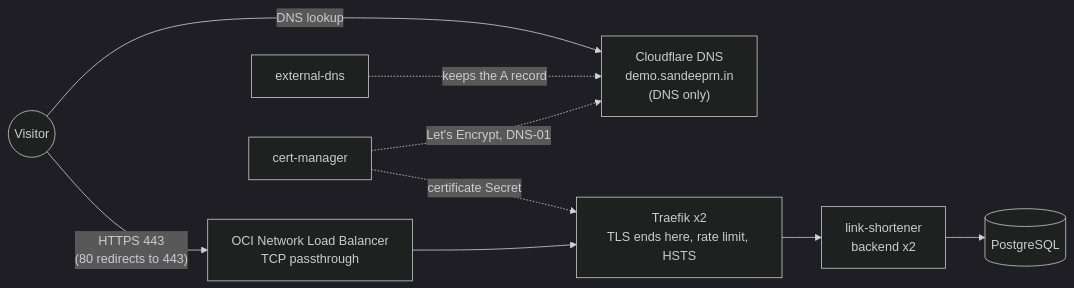
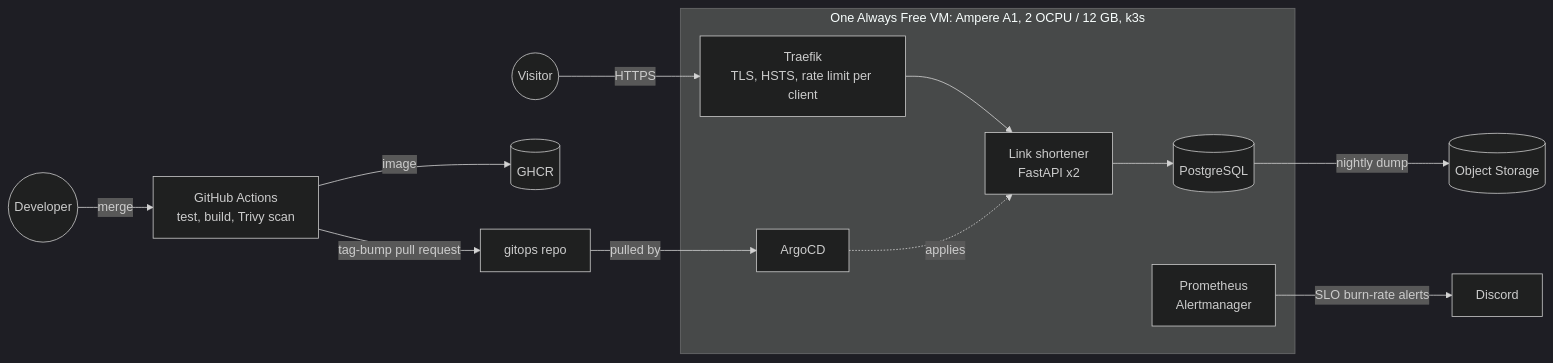
The diagram in README.md (Sandeep-RN/oci-k8s-gitops-demo), drawn with Mermaid (dark theme) before and after one commit. The commit also changed other lines of this file and 29 other files, not shown here.

First line of the commit message:
Docs: README, architecture and ADR pointers follow the move to k3s (part of #74, #58) (#135)

````diff
--- a/README.md
+++ b/README.md
@@ -28,11 +22,19 @@
 ```mermaid
 flowchart LR
-    user(("Visitor")) -->|"DNS lookup"| cf["Cloudflare DNS<br/>demo.sandeeprn.in<br/>(DNS only)"]
-    user -->|"HTTPS 443<br/>(80 redirects to 443)"| nlb["OCI Network Load Balancer<br/>TCP passthrough"]
-    nlb --> traefik["Traefik x2<br/>TLS ends here, rate limit, HSTS"]
-    traefik --> app["link-shortener<br/>backend x2"]
-    app --> pg[("PostgreSQL")]
-    edns["external-dns"] -.->|"keeps the A record"| cf
-    cm["cert-manager"] -.->|"Let's Encrypt, DNS-01"| cf
-    cm -.->|"certificate Secret"| traefik
+    visitor(("Visitor")) -->|"HTTPS"| traefik
+    dev(("Developer")) -->|"merge"| ci["GitHub Actions<br/>test, build, Trivy scan"]
+    ci -->|"image"| ghcr[("GHCR")]
+    ci -->|"tag-bump pull request"| git["gitops repo"]
+
+    subgraph vm["One Always Free VM: Ampere A1, 2 OCPU / 12 GB, k3s"]
+        traefik["Traefik<br/>TLS, HSTS, rate limit per client"] --> app["Link shortener<br/>FastAPI x2"]
+        app --> pg[("PostgreSQL")]
+        argo["ArgoCD"]
+        prom["Prometheus<br/>Alertmanager"]
+    end
+
+    git -->|"pulled by"| argo
+    argo -.->|"applies"| app
+    prom -->|"SLO burn-rate alerts"| discord["Discord"]
+    pg -->|"nightly dump"| bucket[("Object Storage")]
 ```
````
